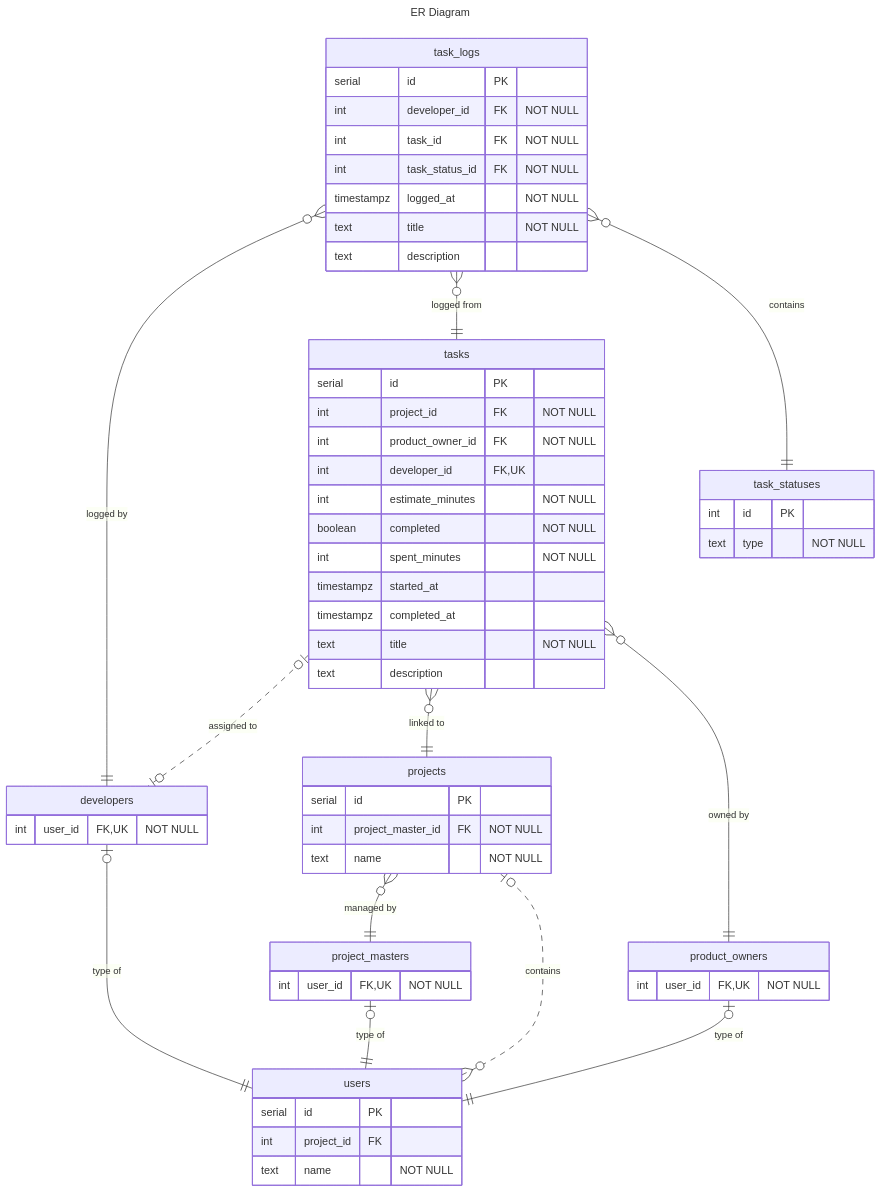
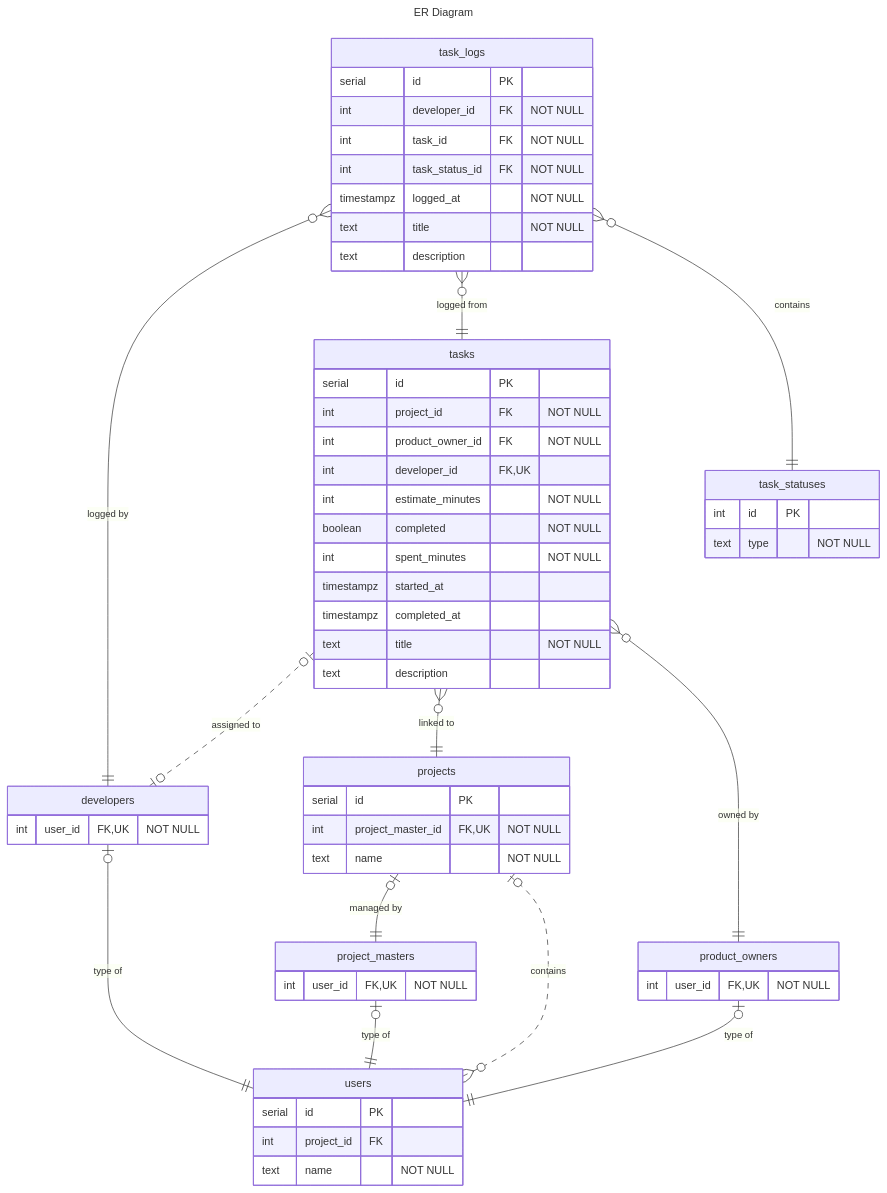
One commit to emilsolgaard1/boolean-june-project-backend changed the diagram in docs/er-diagram.mmd. Above: the diagram before and after it, drawn with Mermaid. The commit also changed 2 other files, not shown here.

Commit message:
docs: 3# pass of er-diagram and openapi-core

```diff
--- a/docs/er-diagram.mmd
+++ b/docs/er-diagram.mmd
@@ -1,60 +1,60 @@
 ---
 title: ER Diagram
 ---
 erDiagram
-    projects }o--|| project_masters : "managed by"
+    projects |o--|| project_masters : "managed by"
     projects {
         serial id PK
-        int project_master_id FK "NOT NULL"
+        int project_master_id FK, UK "NOT NULL"
         text name "NOT NULL"
     }
     users }o..o| projects : "contains"
     users {
         serial id PK
         int project_id FK
         text name "NOT NULL"
     }
     developers |o--|| users : "type of"
     developers {
         int user_id FK, UK "NOT NULL"
     }
     product_owners |o--|| users : "type of"
     product_owners {
         int user_id FK, UK "NOT NULL"
     }
     project_masters |o--|| users : "type of"
     project_masters {
         int user_id FK, UK "NOT NULL" 
     }
     tasks |o..o| developers : "assigned to"
     tasks }o--|| projects : "linked to"
     tasks }o--|| product_owners : "owned by"
     tasks {
         serial id PK
         int project_id FK "NOT NULL"
         int product_owner_id FK "NOT NULL"
         int developer_id FK, UK
         int estimate_minutes "NOT NULL"
         boolean completed "NOT NULL"
         int spent_minutes "NOT NULL"
         timestampz started_at
         timestampz completed_at
         text title "NOT NULL"
         text description
     }
     task_logs }o--|| developers : "logged by"
     task_logs }o--|| tasks : "logged from"
     task_logs }o--|| task_statuses : "contains"
     task_logs {
         serial id PK
         int developer_id FK "NOT NULL"
         int task_id FK "NOT NULL"
         int task_status_id FK "NOT NULL"
         timestampz logged_at "NOT NULL"
         text title "NOT NULL"
         text description
     }
     task_statuses {
         int id PK
         text type "NOT NULL"
     }
```
